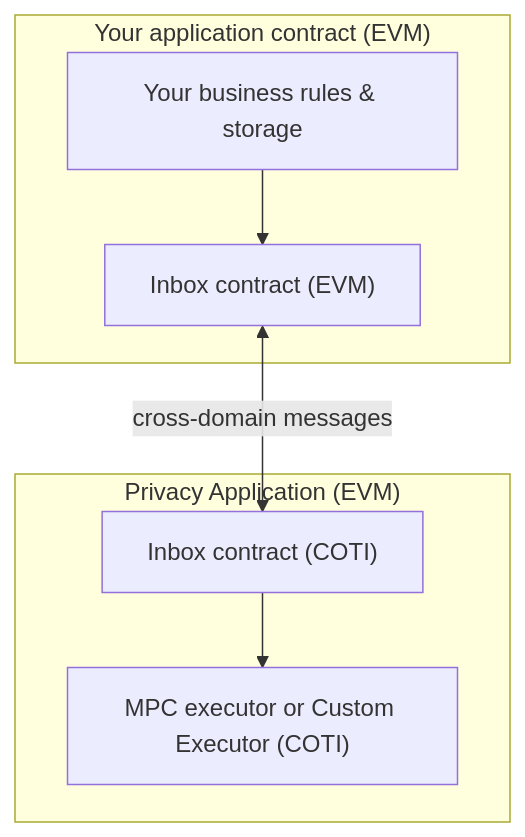
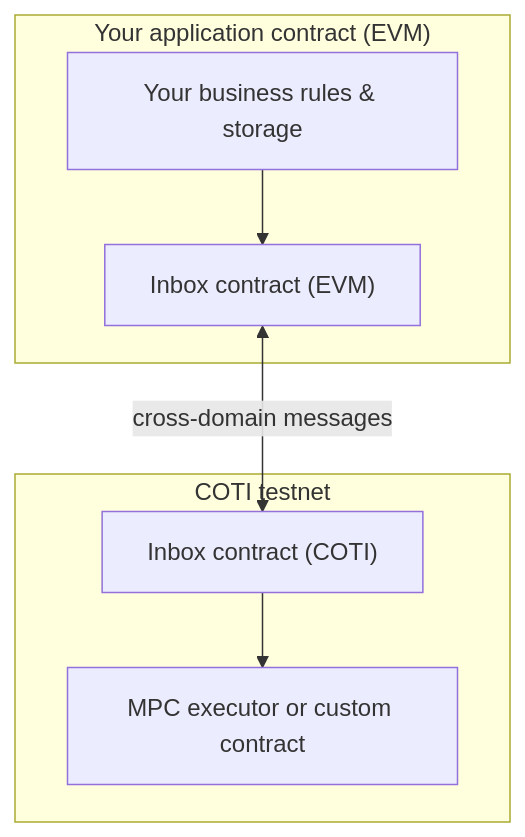
The diagram in privacy-on-demand/architecture-and-components.md (naiemk-coti/documentation), drawn with Mermaid before and after one commit. The commit also changed other lines of this file and 20 other files, not shown here.

````diff
--- a/privacy-on-demand/architecture-and-components.md
+++ b/privacy-on-demand/architecture-and-components.md
@@ -22,17 +30,16 @@
 ```mermaid
 flowchart TB
     subgraph YourContract["Your application contract (EVM)"]
         AppLogic["Your business rules & storage"]
         PodInboxEvm["Inbox contract (EVM)"]
     end
 
-
-    subgraph CotiSyetem["Privacy Application (EVM)"]
+    subgraph CotiSystem["COTI testnet"]
         PodInboxCoti["Inbox contract (COTI)"]
-        Exec["MPC executor or Custom Executor (COTI)"]
+        Exec["MPC executor or custom contract"]
     end
 
     AppLogic --> PodInboxEvm
     PodInboxEvm <-->|"cross-domain messages"| PodInboxCoti
     PodInboxCoti --> Exec
 ```
````
